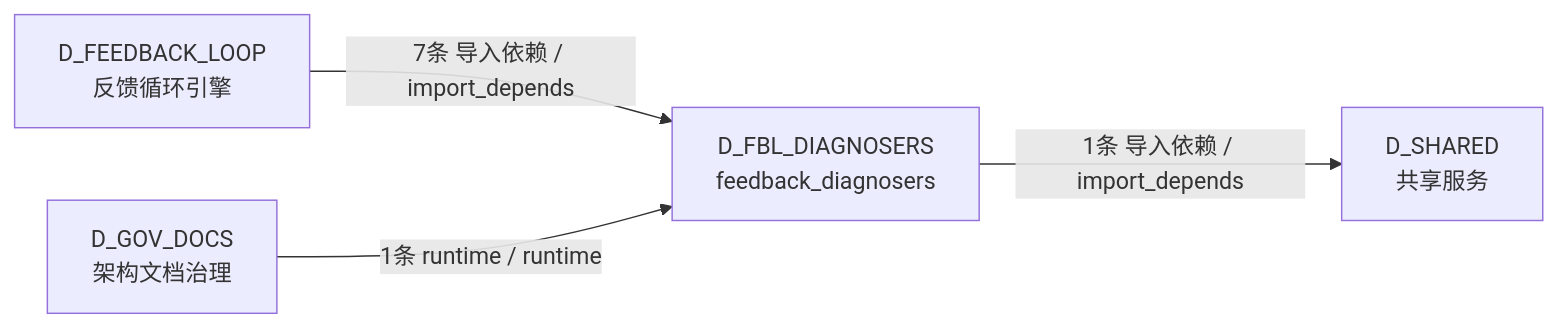
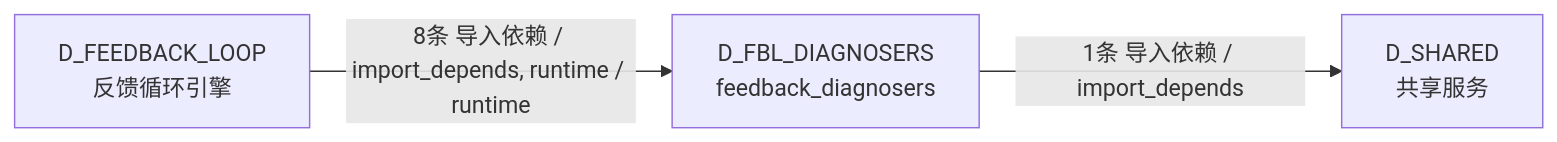
The sixth of 6 diagrams in docs/02_enterprise_architecture/02_domain_architecture_docs/12_d_fbl_diagnosers.md (xuanFelixVan/ZephyrAlpha), drawn with Mermaid before and after one commit. The commit also changed other lines of this file and 99 other files, not shown here.

````diff
--- a/docs/02_enterprise_architecture/02_domain_architecture_docs/12_d_fbl_diagnosers.md
+++ b/docs/02_enterprise_architecture/02_domain_architecture_docs/12_d_fbl_diagnosers.md
@@ -430,10 +428,8 @@
 ```mermaid
 graph LR
     D_FBL_DIAGNOSERS["D_FBL_DIAGNOSERS<br/>feedback_diagnosers"]
     D_SHARED["D_SHARED<br/>共享服务"]
     D_FEEDBACK_LOOP["D_FEEDBACK_LOOP<br/>反馈循环引擎"]
-    D_GOV_DOCS["D_GOV_DOCS<br/>架构文档治理"]
     D_FBL_DIAGNOSERS -->|1条 导入依赖 / import_depends| D_SHARED
-    D_FEEDBACK_LOOP -->|7条 导入依赖 / import_depends| D_FBL_DIAGNOSERS
-    D_GOV_DOCS -->|1条 runtime / runtime| D_FBL_DIAGNOSERS
+    D_FEEDBACK_LOOP -->|8条 导入依赖 / import_depends, runtime / runtime| D_FBL_DIAGNOSERS
 ```
````
